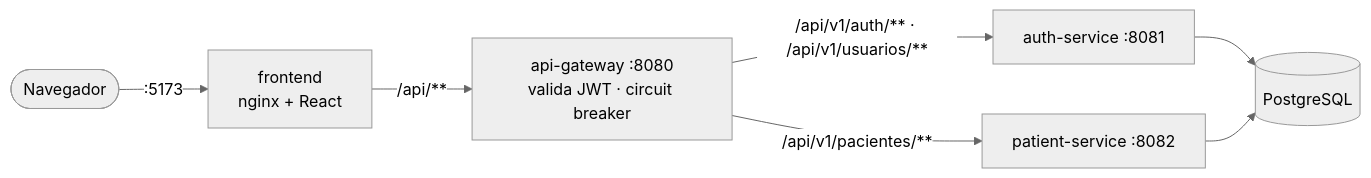
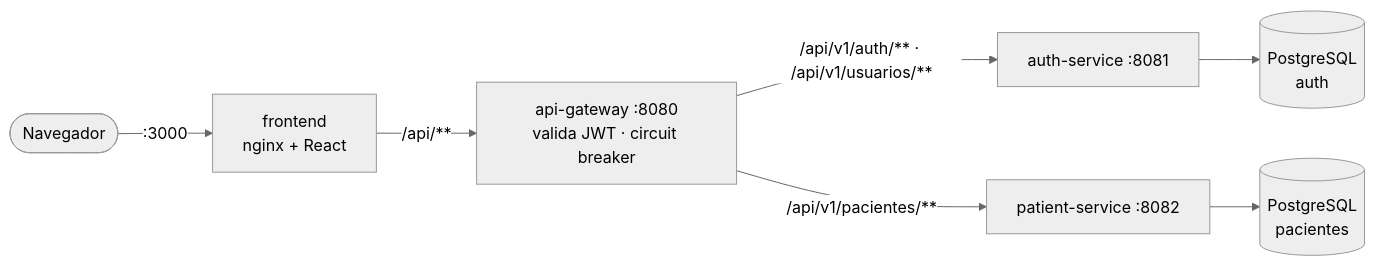
Before and after one commit to fdans104/healthsys-distribuido: the diagram in README.md, drawn with Mermaid (neutral theme). The commit also changed other lines of this file, not shown here.

````diff
--- a/README.md
+++ b/README.md
@@ -32,9 +32,9 @@
 ```mermaid
 flowchart LR
-    Browser([Navegador]) -->|":5173"| Nginx[frontend<br/>nginx + React]
+    Browser([Navegador]) -->|":3000"| Nginx[frontend<br/>nginx + React]
     Nginx -->|"/api/**"| GW[api-gateway :8080<br/>valida JWT · circuit breaker]
     GW -->|"/api/v1/auth/** · /api/v1/usuarios/**"| Auth[auth-service :8081]
     GW -->|"/api/v1/pacientes/**"| Pat[patient-service :8082]
-    Auth --> PG[(PostgreSQL)]
-    Pat --> PG
+    Auth --> PGA[(PostgreSQL<br/>auth)]
+    Pat --> PGP[(PostgreSQL<br/>pacientes)]
 ```
````
